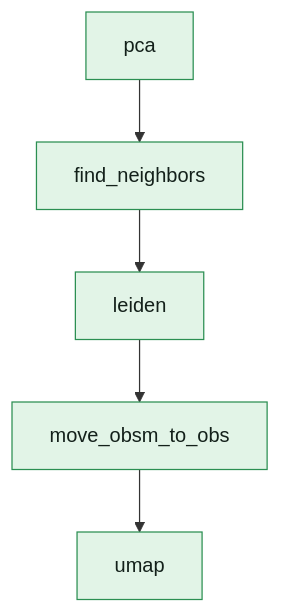
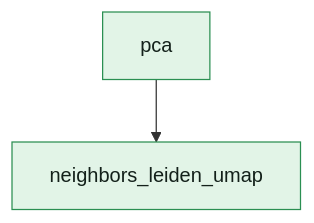
One commit to openpipelines-bio/openpipeline_docs changed the diagram in reference/openpipeline/v4.2.0/workflows/multiomics/dimensionality_reduction.qmd. Above: the diagram before and after it, drawn with Mermaid. The commit also changed other lines of this file and 40 other files, not shown here.

````diff
--- a/reference/openpipeline/v4.2.0/workflows/multiomics/dimensionality_reduction.qmd
+++ b/reference/openpipeline/v4.2.0/workflows/multiomics/dimensionality_reduction.qmd
@@ -124,17 +124,8 @@
 ```{mermaid}
 flowchart TB
-    v120["move_obsm_to_obs"]
-    v151["umap"]
-    v18["pca"]
-    v58["find_neighbors"]
-    v89["leiden"]
-    v120 --> v151
-    v18 --> v58
-    v58 --> v89
-    v89 --> v120
-    style v120 fill:#e2f4e7,stroke:#2b8f52,color:#13201a
-    style v151 fill:#e2f4e7,stroke:#2b8f52,color:#13201a
-    style v18 fill:#e2f4e7,stroke:#2b8f52,color:#13201a
-    style v58 fill:#e2f4e7,stroke:#2b8f52,color:#13201a
-    style v89 fill:#e2f4e7,stroke:#2b8f52,color:#13201a
+    c_dimred_pca["pca"]
+    c_workflows_multiomics_neighbors_leiden_umap["neighbors_leiden_umap"]
+    c_dimred_pca --> c_workflows_multiomics_neighbors_leiden_umap
+    style c_dimred_pca fill:#e2f4e7,stroke:#2b8f52,color:#13201a
+    style c_workflows_multiomics_neighbors_leiden_umap fill:#e2f4e7,stroke:#2b8f52,color:#13201a
 ```
````
